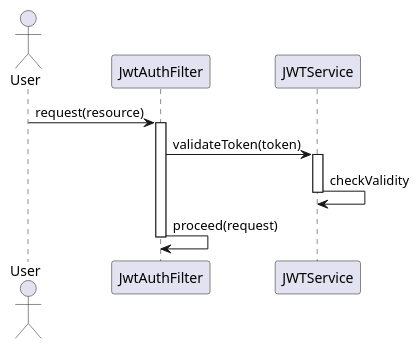
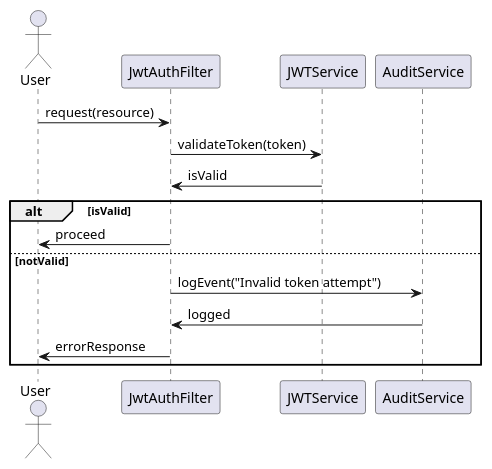
The third of 6 diagrams in identityprovider/documentation/detaileddesign.adoc (Dinesh-s95/AutoDoc.ai), drawn with PlantUML before and after one commit. The commit also changed other lines of this file and 4 other files, not shown here.

````diff
--- a/identityprovider/documentation/detaileddesign.adoc
+++ b/identityprovider/documentation/detaileddesign.adoc
@@ -367,19 +346,19 @@
-[plantuml, "jwt-validation-sequence", png]
-----
+```plantuml
 @startuml
 actor User
 participant JwtAuthFilter
 participant JWTService
+participant AuditService
 
 User -> JwtAuthFilter : request(resource)
-activate JwtAuthFilter
-
 JwtAuthFilter -> JWTService : validateToken(token)
-activate JWTService
-JWTService -> JWTService : checkValidity
-deactivate JWTService
-
-JwtAuthFilter -> JwtAuthFilter : proceed(request)
-deactivate JwtAuthFilter
+JWTService -> JwtAuthFilter : isValid
+alt isValid
+    JwtAuthFilter -> User : proceed
+else notValid
+    JwtAuthFilter -> AuditService : logEvent("Invalid token attempt")
+    AuditService -> JwtAuthFilter : logged
+    JwtAuthFilter -> User : errorResponse
+end
 @enduml
-----
+```
````
